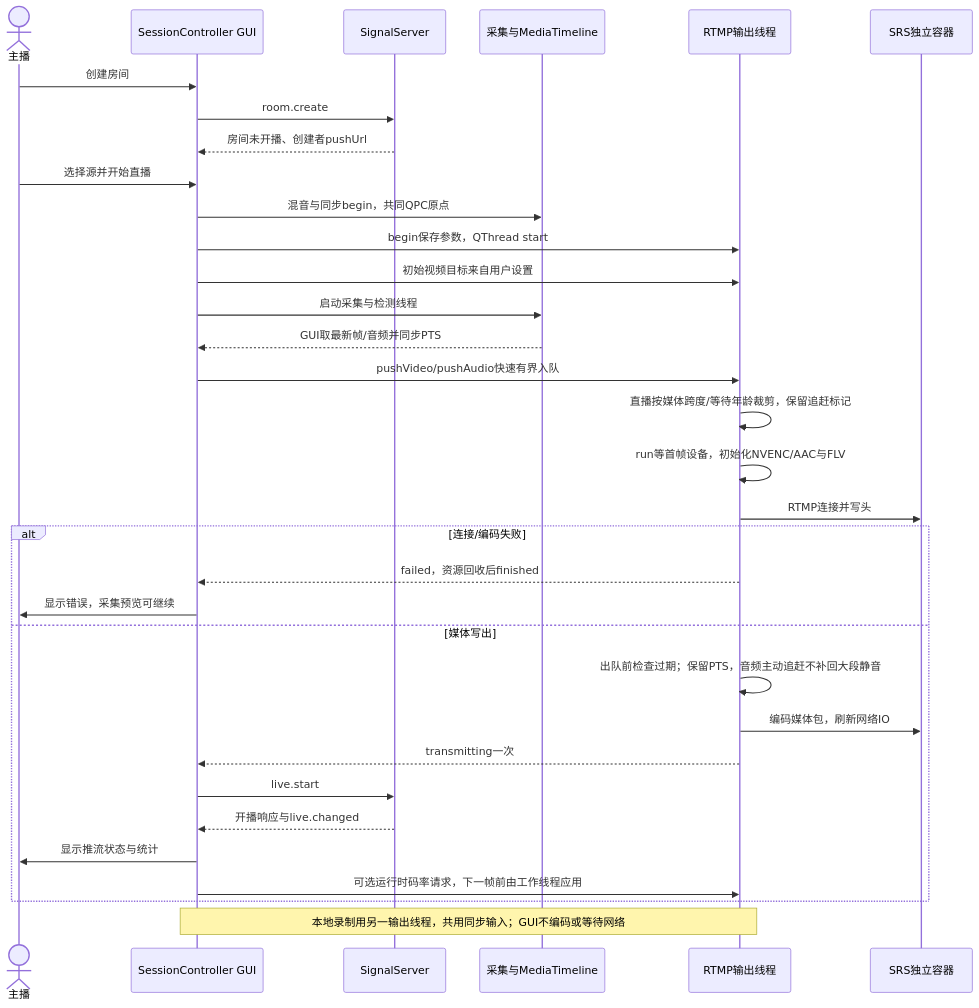
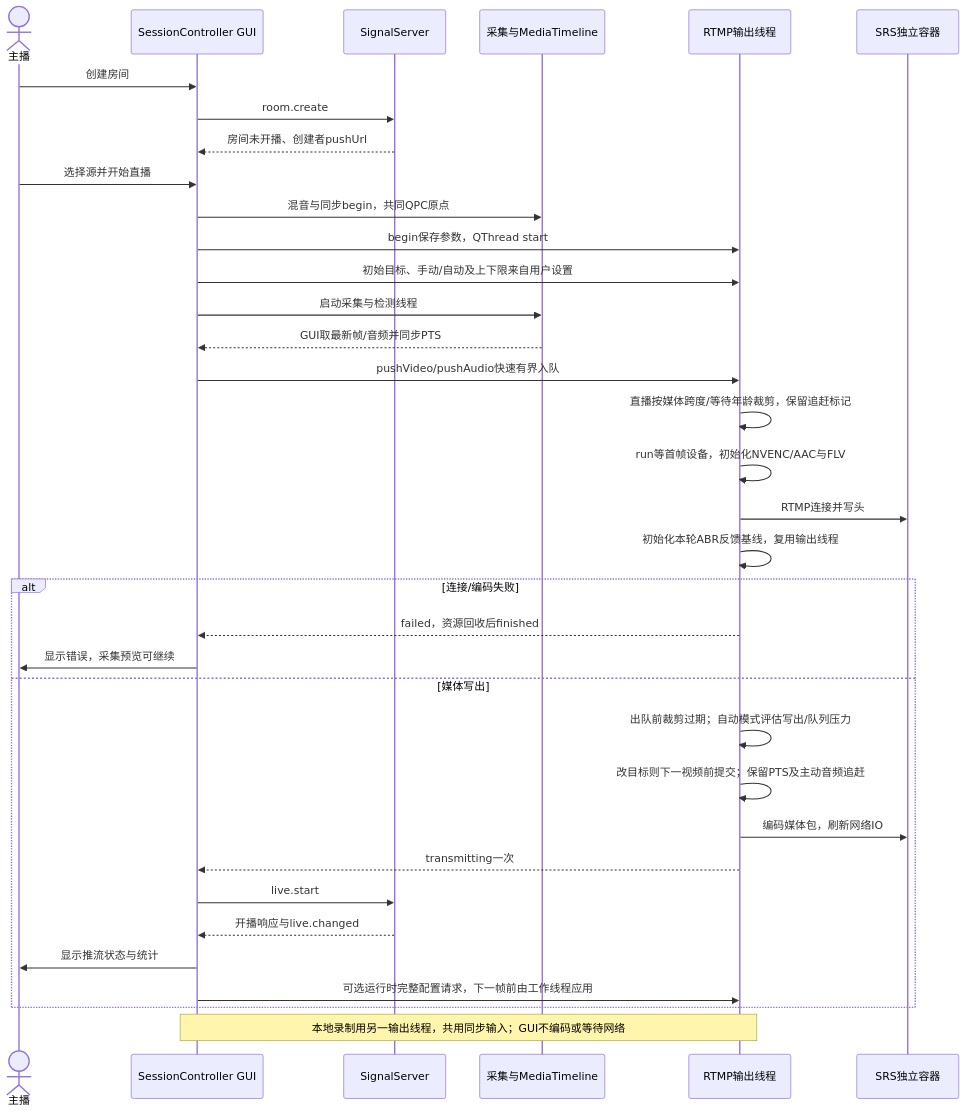
One commit to kingsman-svg/OBS changed the diagram in docs/uml/live-publish.mmd. Above: the diagram before and after it, drawn with Mermaid. The commit also changed 28 other files, not shown here.

```diff
--- a/docs/uml/live-publish.mmd
+++ b/docs/uml/live-publish.mmd
@@ -1,33 +1,35 @@
 sequenceDiagram
 actor U as 主播
 participant C as SessionController GUI
 participant S as SignalServer
 participant T as 采集与MediaTimeline
 participant P as RTMP输出线程
 participant R as SRS独立容器
 U->>C: 创建房间
 C->>S: room.create
 S-->>C: 房间未开播、创建者pushUrl
 U->>C: 选择源并开始直播
 C->>T: 混音与同步begin，共同QPC原点
 C->>P: begin保存参数，QThread start
-C->>P: 初始视频目标来自用户设置
+C->>P: 初始目标、手动/自动及上下限来自用户设置
 C->>T: 启动采集与检测线程
 T-->>C: GUI取最新帧/音频并同步PTS
 C->>P: pushVideo/pushAudio快速有界入队
 P->>P: 直播按媒体跨度/等待年龄裁剪，保留追赶标记
 P->>P: run等首帧设备，初始化NVENC/AAC与FLV
 P->>R: RTMP连接并写头
+P->>P: 初始化本轮ABR反馈基线，复用输出线程
 alt 连接/编码失败
 P-->>C: failed，资源回收后finished
 C->>U: 显示错误，采集预览可继续
 else 媒体写出
-P->>P: 出队前检查过期；保留PTS，音频主动追赶不补回大段静音
+P->>P: 出队前裁剪过期；自动模式评估写出/队列压力
+P->>P: 改目标则下一视频前提交；保留PTS及主动音频追赶
 P->>R: 编码媒体包，刷新网络IO
 P-->>C: transmitting一次
 C->>S: live.start
 S-->>C: 开播响应与live.changed
 C->>U: 显示推流状态与统计
-C->>P: 可选运行时码率请求，下一帧前由工作线程应用
+C->>P: 可选运行时完整配置请求，下一帧前由工作线程应用
 end
 Note over C,P: 本地录制用另一输出线程，共用同步输入；GUI不编码或等待网络
```
